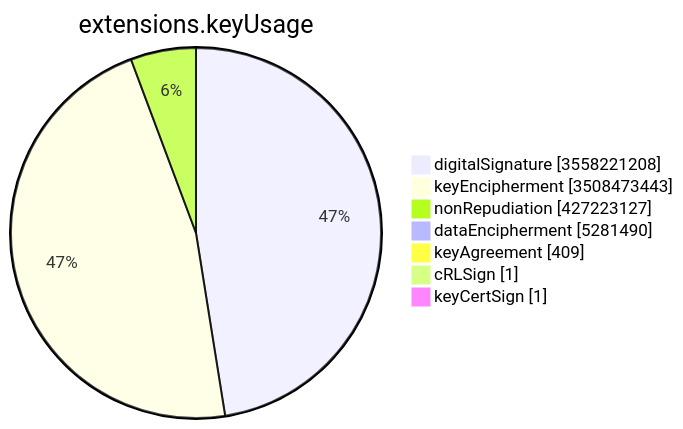
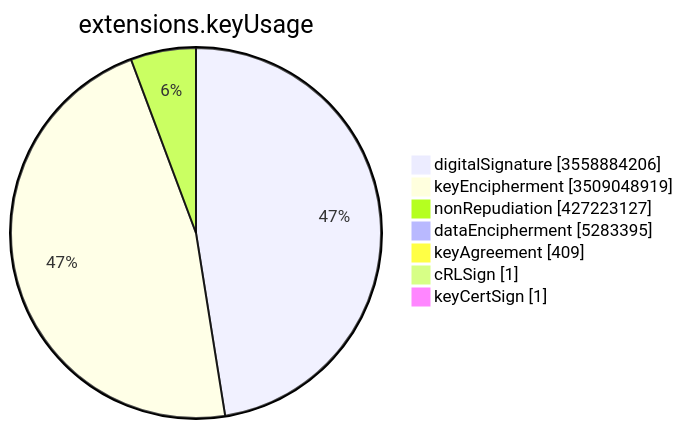
Before and after one commit to christiankrug/ctmonitor_visualization: the sixth of 15 diagrams in TOTAL/README.md, drawn with Mermaid. The commit also changed other lines of this file, not shown here.

````diff
--- a/TOTAL/README.md
+++ b/TOTAL/README.md
@@ -3083,11 +3083,11 @@
 ```mermaid
 pie showData
 title extensions.keyUsage
-"digitalSignature" :3558221208
-"keyEncipherment" :3508473443
+"digitalSignature" :3558884206
+"keyEncipherment" :3509048919
 "nonRepudiation" :427223127
-"dataEncipherment" :5281490
+"dataEncipherment" :5283395
 "keyAgreement" :409
 "cRLSign" :1
 "keyCertSign" :1
 ```
````
